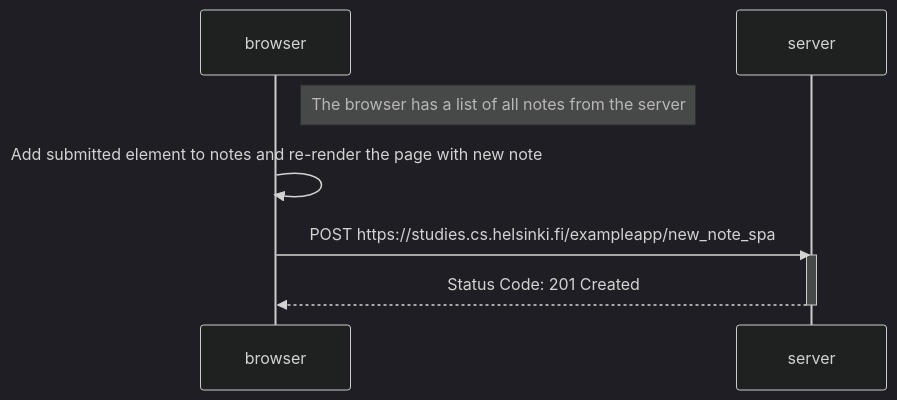
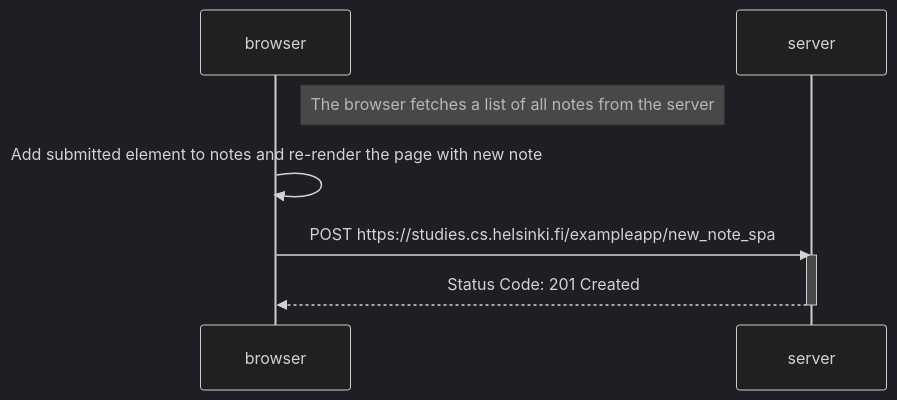
Before and after one commit to tejeshreddy/fullstackopen: the third of 3 diagrams in part0/README.md, drawn with Mermaid (dark theme).

Commit message:
update: part0.6 - corrections

````diff
--- a/part0/README.md
+++ b/part0/README.md
@@ -80,13 +80,13 @@
 ```mermaid
 sequenceDiagram
     participant browser
     participant server
 
-    Note right of browser: The browser has a list of all notes from the server
+    Note right of browser: The browser fetches a list of all notes from the server
     browser ->> browser: Add submitted element to notes and re-render the page with new note
     browser ->> server: POST https://studies.cs.helsinki.fi/exampleapp/new_note_spa
     activate server
     server -->> browser: Status Code: 201 Created
     deactivate server
 
 ```
````
